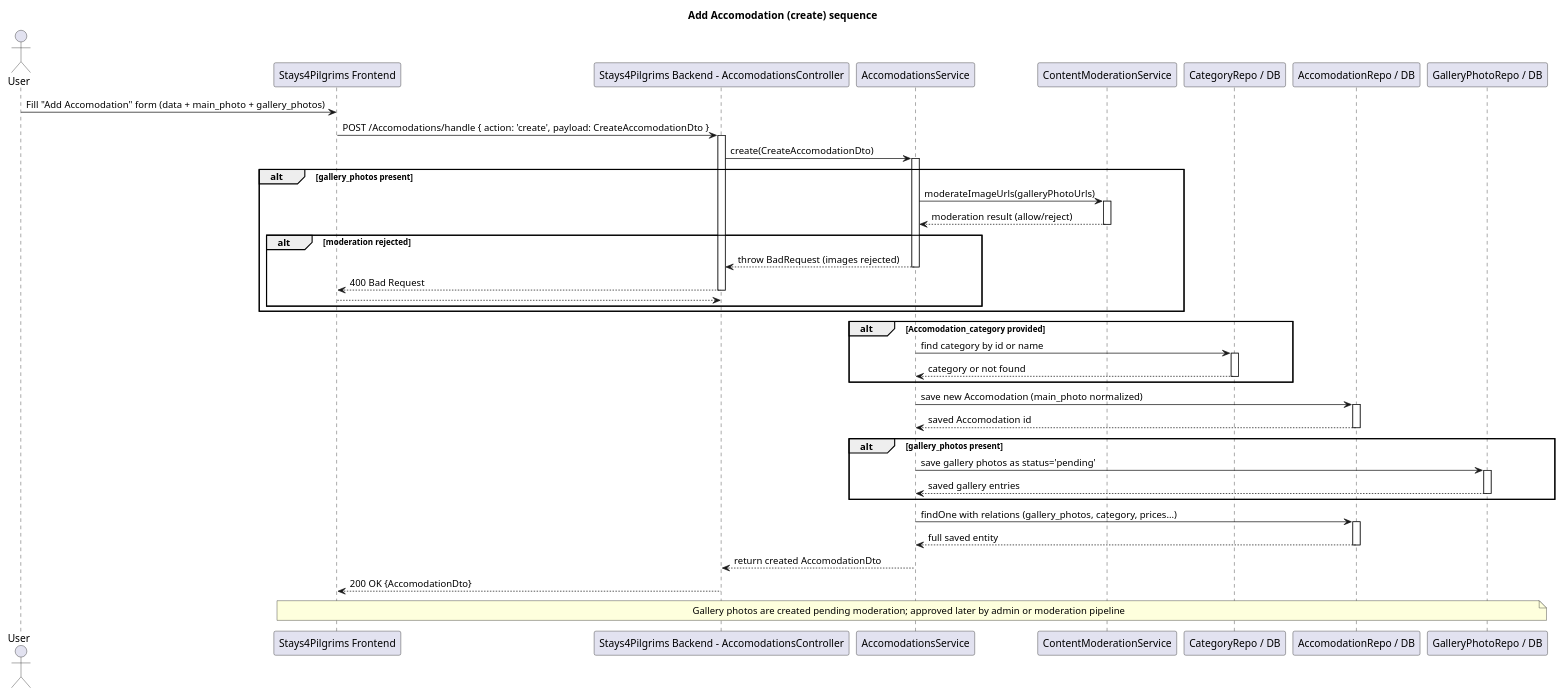
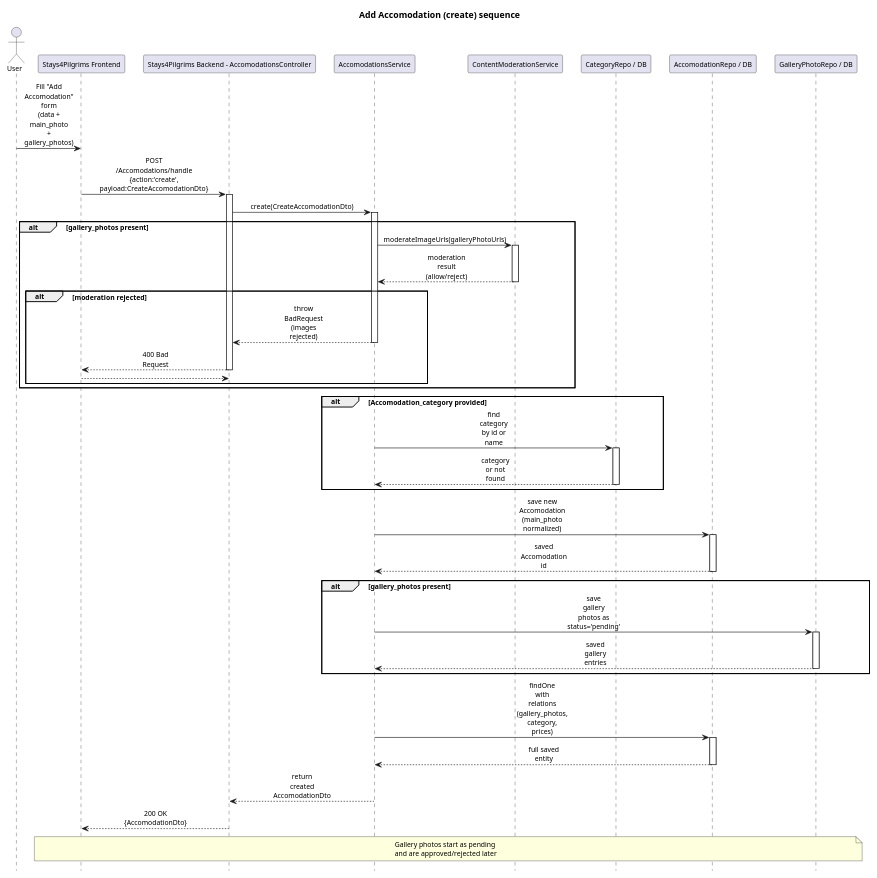
Before and after one commit to alegna83/cookbook-be: the diagram in docs/diagrams/sequence-add-accommodation.puml, drawn with PlantUML. The commit also changed 25 other files, not shown here.

Commit message:
docs(diagrams): optimize architecture and communication diagrams for A4 readability

```diff
--- a/docs/diagrams/sequence-add-accommodation.puml
+++ b/docs/diagrams/sequence-add-accommodation.puml
@@ -1,62 +1,73 @@
 @startuml
 title Add Accomodation (create) sequence
+scale 0.85
+hide footbox
+skinparam defaultFontName Arial
+skinparam defaultFontSize 11
+skinparam maxMessageSize 55
+skinparam sequence {
+  ParticipantPadding 10
+  BoxPadding 8
+  MessageAlign center
+  ArrowThickness 1
+}
 actor User
 participant "Stays4Pilgrims Frontend" as FE
 participant "Stays4Pilgrims Backend - AccomodationsController" as API
 participant "AccomodationsService" as SVC
 participant "ContentModerationService" as MOD
 participant "CategoryRepo / DB" as CATDB
 participant "AccomodationRepo / DB" as ADB
 participant "GalleryPhotoRepo / DB" as GDB
 
-User -> FE: Fill "Add Accomodation" form (data + main_photo + gallery_photos)
-FE -> API: POST /Accomodations/handle { action: 'create', payload: CreateAccomodationDto }
+User -> FE: Fill "Add Accomodation" form\n(data + main_photo + gallery_photos)
+FE -> API: POST /Accomodations/handle\n{action:'create', payload:CreateAccomodationDto}
 activate API
 API -> SVC: create(CreateAccomodationDto)
 activate SVC
 alt gallery_photos present
   SVC -> MOD: moderateImageUrls(galleryPhotoUrls)
   activate MOD
   MOD --> SVC: moderation result (allow/reject)
   deactivate MOD
   alt moderation rejected
     SVC --> API: throw BadRequest (images rejected)
     deactivate SVC
     API --> FE: 400 Bad Request
     deactivate API
     return
   end
 end
 
 alt Accomodation_category provided
   SVC -> CATDB: find category by id or name
   activate CATDB
   CATDB --> SVC: category or not found
   deactivate CATDB
 end
 
-SVC -> ADB: save new Accomodation (main_photo normalized)
+SVC -> ADB: save new Accomodation\n(main_photo normalized)
 activate ADB
 ADB --> SVC: saved Accomodation id
 deactivate ADB
 
 alt gallery_photos present
   SVC -> GDB: save gallery photos as status='pending'
   activate GDB
   GDB --> SVC: saved gallery entries
   deactivate GDB
 end
 
-SVC -> ADB: findOne with relations (gallery_photos, category, prices...)
+SVC -> ADB: findOne with relations\n(gallery_photos, category, prices)
 activate ADB
 ADB --> SVC: full saved entity
 deactivate ADB
 
 SVC --> API: return created AccomodationDto
 deactivate SVC
 API --> FE: 200 OK {AccomodationDto}
 deactivate API
 
-note over FE,GDB: Gallery photos are created pending moderation; approved later by admin or moderation pipeline
+note over FE,GDB: Gallery photos start as pending\nand are approved/rejected later
 
 @enduml
```
